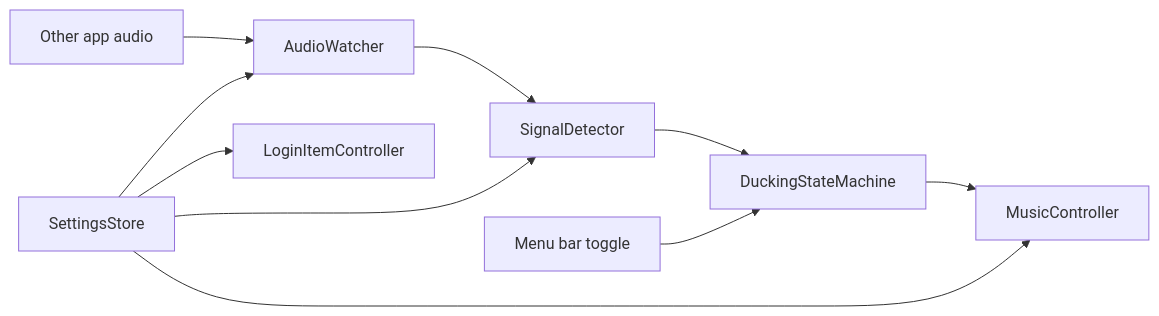
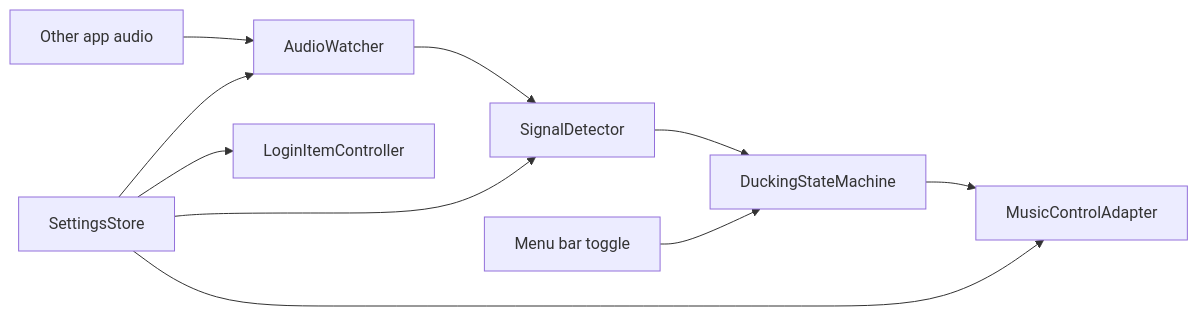
The diagram in ARCHITECTURE.md (mattwong05/FlowSound), drawn with Mermaid before and after one commit. The commit also changed other lines of this file and 26 other files, not shown here.

Commit message:
feat(adapter): add experimental music adapters

````diff
--- a/ARCHITECTURE.md
+++ b/ARCHITECTURE.md
@@ -193,12 +200,12 @@
 ```mermaid
 flowchart LR
     Apps["Other app audio"] --> AudioWatcher["AudioWatcher"]
     AudioWatcher --> SignalDetector["SignalDetector"]
     SignalDetector --> StateMachine["DuckingStateMachine"]
-    StateMachine --> MusicController["MusicController"]
+    StateMachine --> MusicControlAdapter["MusicControlAdapter"]
     Menu["Menu bar toggle"] --> StateMachine
     Settings["SettingsStore"] --> AudioWatcher
     Settings --> SignalDetector
-    Settings --> MusicController
+    Settings --> MusicControlAdapter
     Settings --> LoginItem["LoginItemController"]
 ```
````
